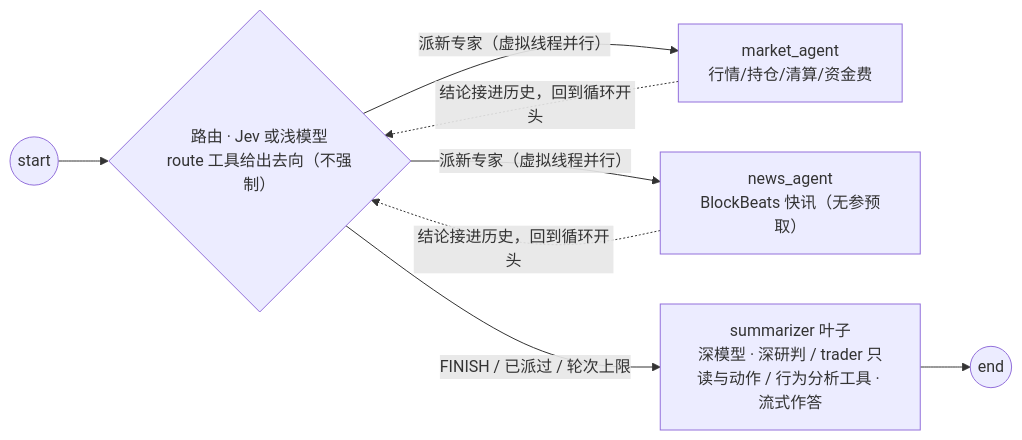
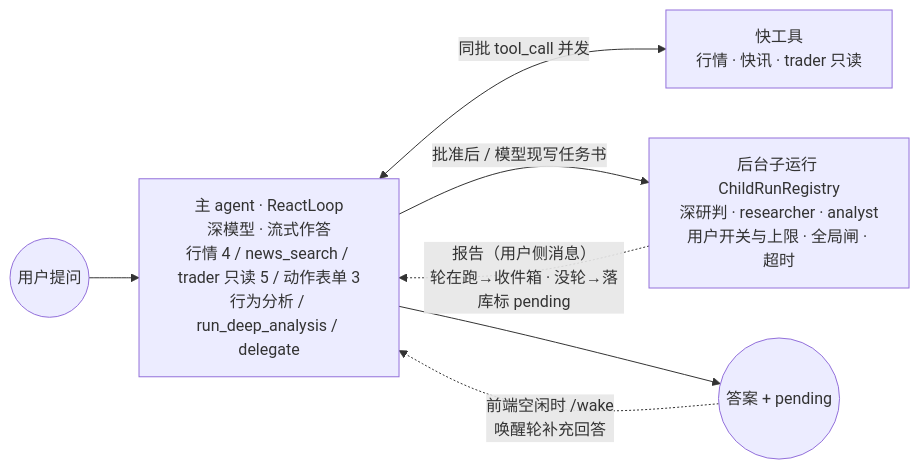
The fourth of 5 diagrams in docs/agent-harness/architecture.md (Smith-106/wtfibought), drawn with Mermaid before and after one commit. The commit also changed other lines of this file and 4 other files, not shown here.

First line of the commit message:
docs: 对话链路文档与 intro 站改到最终形态：单 ReAct 主 agent + 后台子运行 + 唤醒

````diff
--- a/docs/agent-harness/architecture.md
+++ b/docs/agent-harness/architecture.md
@@ -113,14 +113,9 @@
 ```mermaid
 flowchart LR
-    S((start))
-    R{"路由 · Jev 或浅模型<br/>route 工具给出去向（不强制）"}
-    M["market_agent<br/>行情/持仓/清算/资金费"]
-    N["news_agent<br/>BlockBeats 快讯（无参预取）"]
-    SUM["summarizer 叶子<br/>深模型 · 深研判 / trader 只读与动作 / 行为分析工具 · 流式作答"]
-    E((end))
-    S --> R
-    R -->|"派新专家（虚拟线程并行）"| M & N
-    M & N -.->|"结论接进历史，回到循环开头"| R
-    R -->|"FINISH / 已派过 / 轮次上限"| SUM
-    SUM --> E
+    U((用户提问)) --> MAIN["主 agent · ReactLoop<br/>深模型 · 流式作答<br/>行情 4 / news_search / trader 只读 5 / 动作表单 3<br/>行为分析 / run_deep_analysis / delegate"]
+    MAIN <-->|"同批 tool_call 并发"| T["快工具<br/>行情 · 快讯 · trader 只读"]
+    MAIN -->|"批准后 / 模型现写任务书"| CR["后台子运行 ChildRunRegistry<br/>深研判 · researcher · analyst<br/>用户开关与上限 · 全局闸 · 超时"]
+    CR -.->|"报告（用户侧消息）<br/>轮在跑→收件箱 · 没轮→落库标 pending"| MAIN
+    MAIN --> A((答案 + pending))
+    A -.->|"前端空闲时 /wake<br/>唤醒轮补充回答"| MAIN
 ```
````
